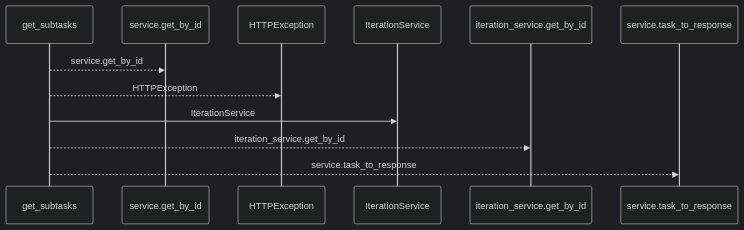
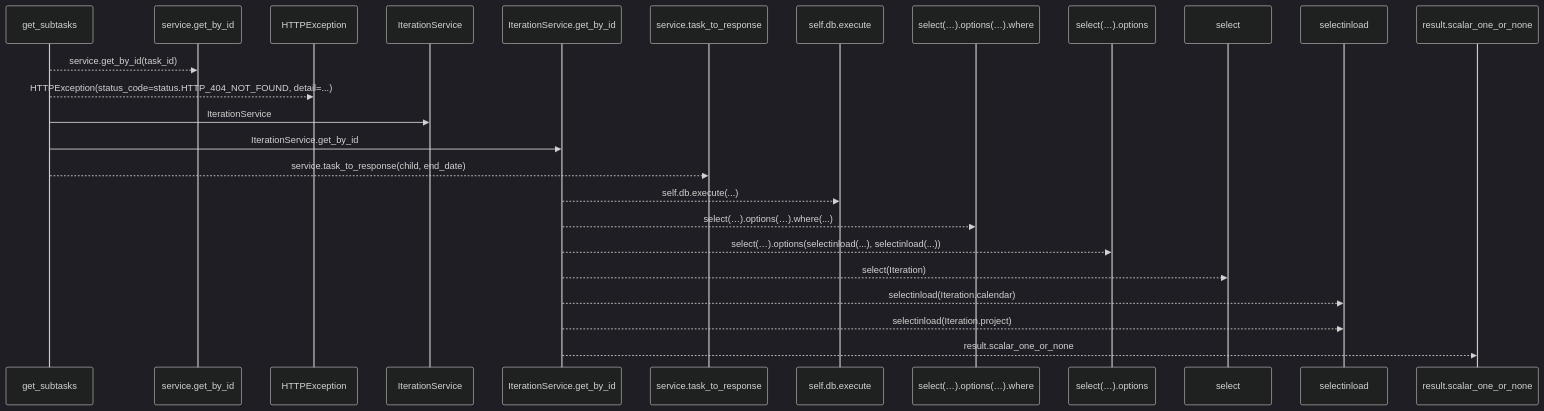
The first of 2 diagrams in docs/llm_wiki/flows/http-get_subtasks.md (Denissvgn/WorkChord), drawn with Mermaid (dark theme) before and after one commit. The commit also changed other lines of this file and 25171 other files, not shown here.

````diff
--- a/docs/llm_wiki/flows/http-get_subtasks.md
+++ b/docs/llm_wiki/flows/http-get_subtasks.md
@@ -10,14 +12,27 @@
 ```mermaid
 sequenceDiagram
     participant p0 as get_subtasks
     participant p1 as service.get_by_id
     participant p2 as HTTPException
     participant p3 as IterationService
-    participant p4 as iteration_service.get_by_id
+    participant p4 as IterationService.get_by_id
     participant p5 as service.task_to_response
-    p0-->>p1: service.get_by_id
-    p0-->>p2: HTTPException
+    participant p6 as self.db.execute
+    participant p7 as select(…).options(…).where
+    participant p8 as select(…).options
+    participant p9 as select
+    participant p10 as selectinload
+    participant p11 as result.scalar_one_or_none
+    p0-->>p1: service.get_by_id(task_id)
+    p0-->>p2: HTTPException(status_code=status.HTTP_404_NOT_FOUND, detail=...)
     p0->>p3: IterationService
-    p0-->>p4: iteration_service.get_by_id
-    p0-->>p5: service.task_to_response
+    p0->>p4: IterationService.get_by_id
+    p0-->>p5: service.task_to_response(child, end_date)
+    p4-->>p6: self.db.execute(...)
+    p4-->>p7: select(…).options(…).where(...)
+    p4-->>p8: select(…).options(selectinload(...), selectinload(...))
+    p4-->>p9: select(Iteration)
+    p4-->>p10: selectinload(Iteration.calendar)
+    p4-->>p10: selectinload(Iteration.project)
+    p4-->>p11: result.scalar_one_or_none
 ```
````
